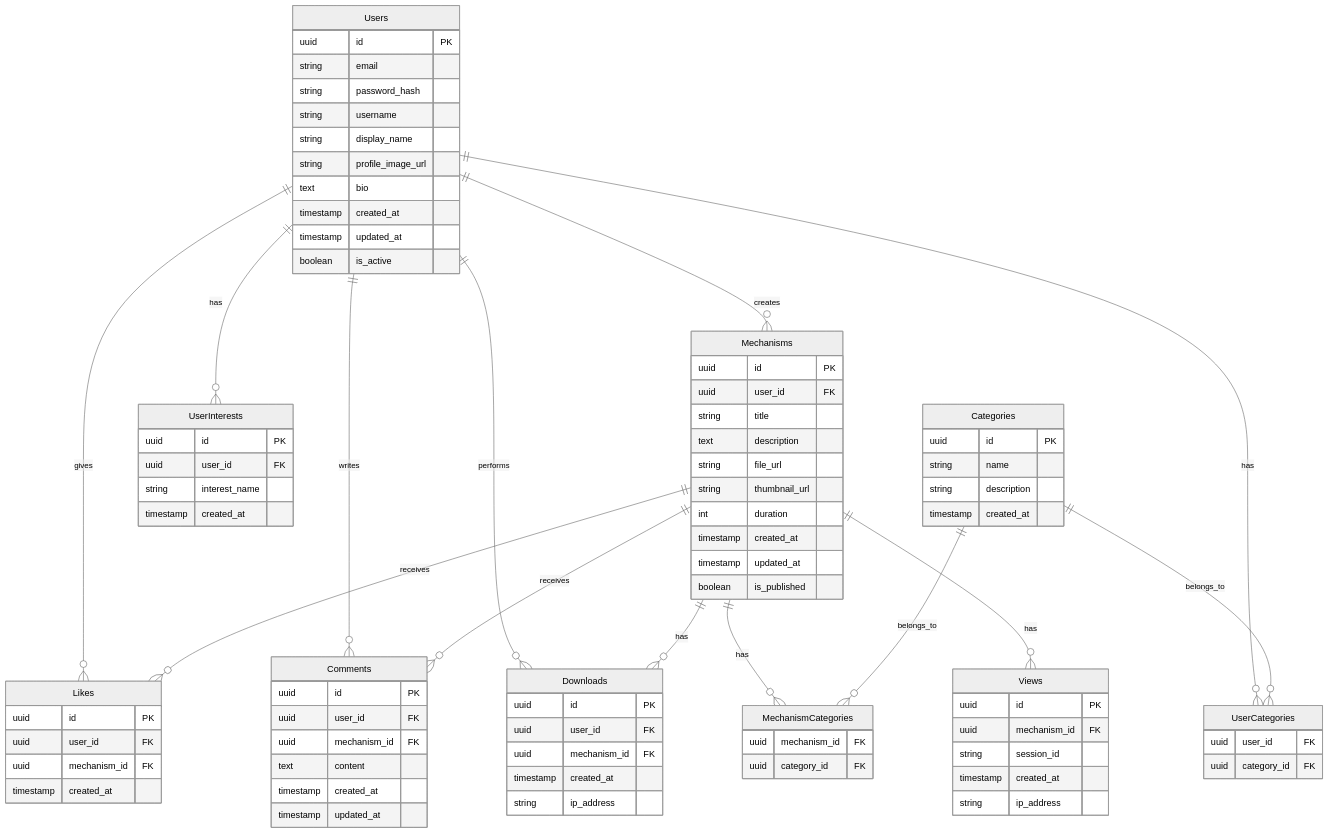
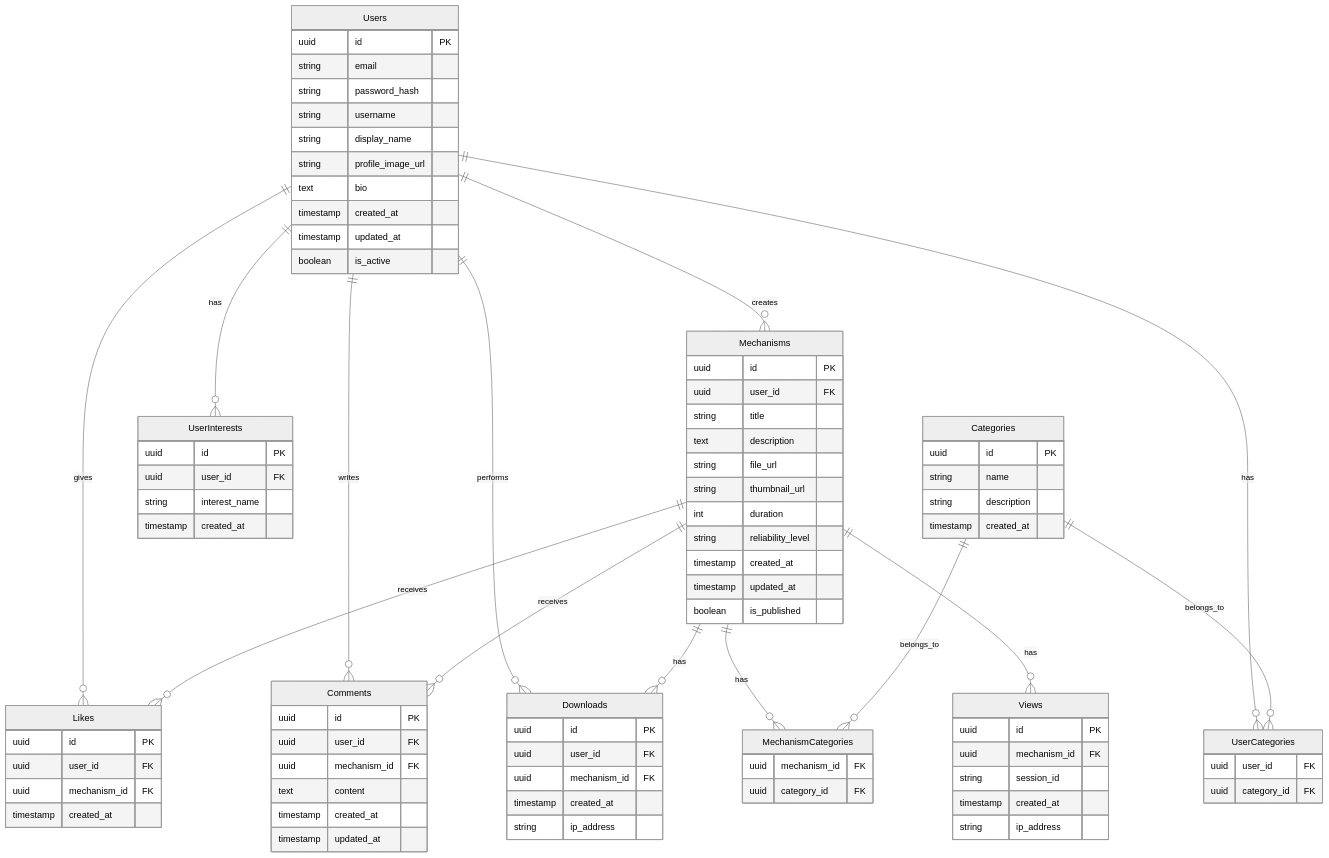
Before and after one commit to moro-qq82/phys_mech: the diagram in src/phys-mech-erd.mermaid, drawn with Mermaid (neutral theme). The commit also changed 3 other files, not shown here.

```diff
--- a/src/phys-mech-erd.mermaid
+++ b/src/phys-mech-erd.mermaid
@@ -1,98 +1,99 @@
 erDiagram
     Users ||--o{ Mechanisms : creates
     Users ||--o{ Likes : gives
     Users ||--o{ Comments : writes
     Users ||--o{ Downloads : performs
     Users ||--o{ UserInterests : has
     Users ||--o{ UserCategories : has
     
     Mechanisms ||--o{ Likes : receives
     Mechanisms ||--o{ Comments : receives
     Mechanisms ||--o{ Downloads : has
     Mechanisms ||--o{ MechanismCategories : has
     Mechanisms ||--o{ Views : has
 
     Categories ||--o{ MechanismCategories : belongs_to
     Categories ||--o{ UserCategories : belongs_to
 
     Users {
         uuid id PK
         string email
         string password_hash
         string username
         string display_name
         string profile_image_url
         text bio
         timestamp created_at
         timestamp updated_at
         boolean is_active
     }
 
     Mechanisms {
         uuid id PK
         uuid user_id FK
         string title
         text description
         string file_url
         string thumbnail_url
         int duration
+        string reliability_level
         timestamp created_at
         timestamp updated_at
         boolean is_published
     }
 
     Categories {
         uuid id PK
         string name
         string description
         timestamp created_at
     }
 
     MechanismCategories {
         uuid mechanism_id FK
         uuid category_id FK
     }
 
     UserCategories {
         uuid user_id FK
         uuid category_id FK
     }
 
     UserInterests {
         uuid id PK
         uuid user_id FK
         string interest_name
         timestamp created_at
     }
 
     Likes {
         uuid id PK
         uuid user_id FK
         uuid mechanism_id FK
         timestamp created_at
     }
 
     Comments {
         uuid id PK
         uuid user_id FK
         uuid mechanism_id FK
         text content
         timestamp created_at
         timestamp updated_at
     }
 
     Downloads {
         uuid id PK
         uuid user_id FK
         uuid mechanism_id FK
         timestamp created_at
         string ip_address
     }
 
     Views {
         uuid id PK
         uuid mechanism_id FK
         string session_id
         timestamp created_at
         string ip_address
     }
```
